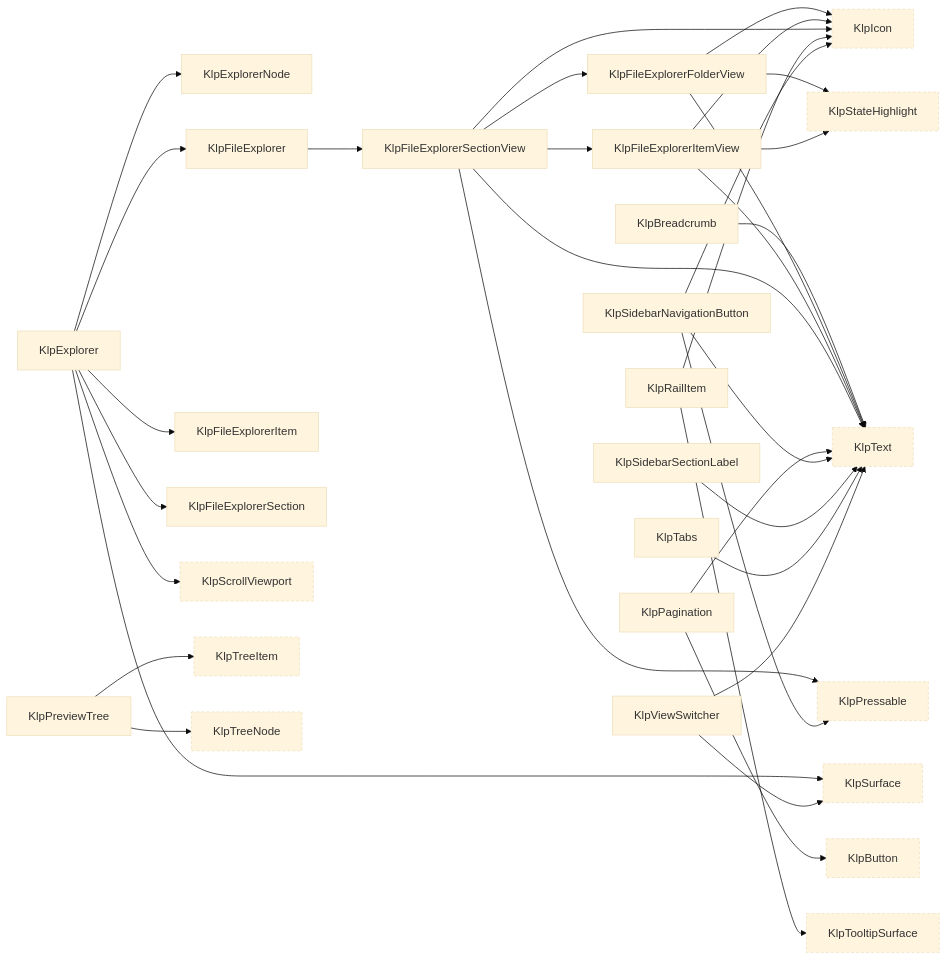
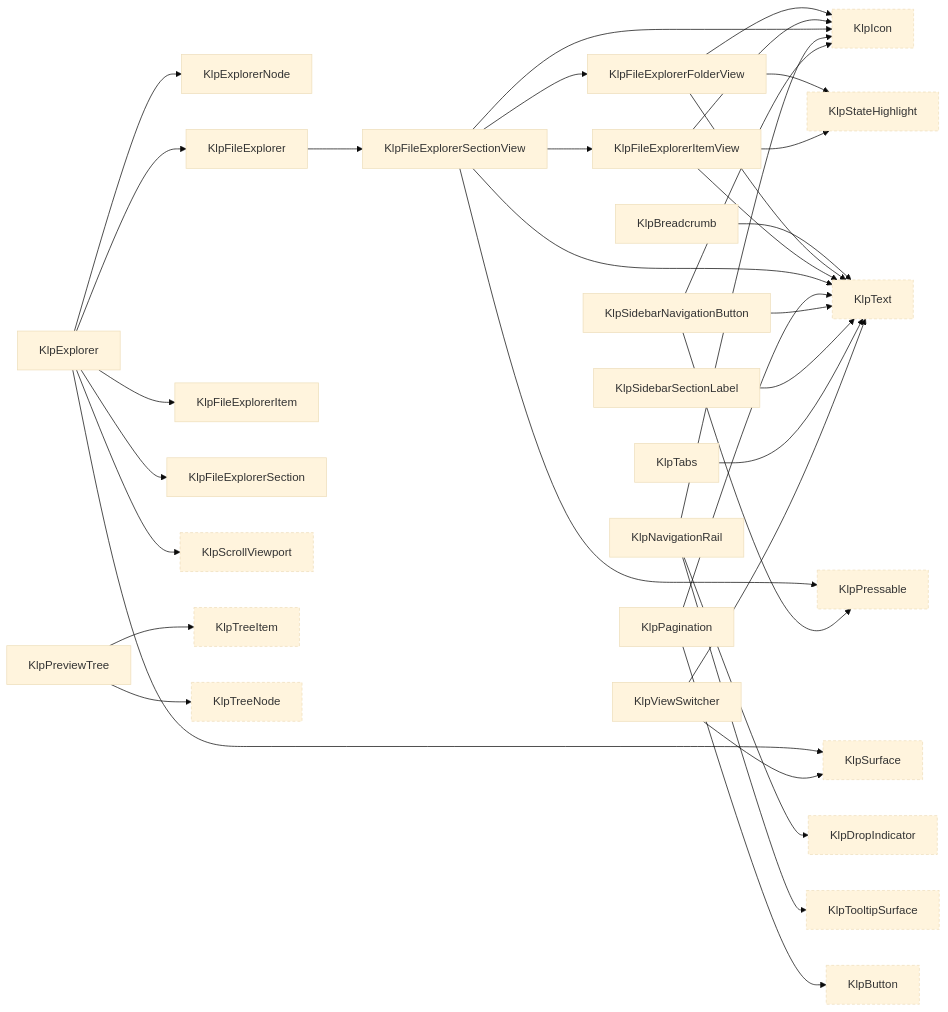
One commit to MiuDog/Kallopis changed diagram 13 of 18 in spec/component-inventory.md. Above: the diagram before and after it, drawn with Mermaid (base theme). The commit also changed other lines of this file and 29 other files, not shown here.

````diff
--- a/spec/component-inventory.md
+++ b/spec/component-inventory.md
@@ -927,62 +928,64 @@
 ```mermaid
 graph LR
   KlpBreadcrumb["KlpBreadcrumb"]
   KlpButton["KlpButton"]:::external
+  KlpDropIndicator["KlpDropIndicator"]:::external
   KlpExplorer["KlpExplorer"]
   KlpExplorerNode["KlpExplorerNode"]
   KlpFileExplorer["KlpFileExplorer"]
   KlpFileExplorerFolderView["KlpFileExplorerFolderView"]
   KlpFileExplorerItem["KlpFileExplorerItem"]
   KlpFileExplorerItemView["KlpFileExplorerItemView"]
   KlpFileExplorerSection["KlpFileExplorerSection"]
   KlpFileExplorerSectionView["KlpFileExplorerSectionView"]
   KlpIcon["KlpIcon"]:::external
+  KlpNavigationRail["KlpNavigationRail"]
   KlpPagination["KlpPagination"]
   KlpPressable["KlpPressable"]:::external
   KlpPreviewTree["KlpPreviewTree"]
-  KlpRailItem["KlpRailItem"]
   KlpScrollViewport["KlpScrollViewport"]:::external
   KlpSidebarNavigationButton["KlpSidebarNavigationButton"]
   KlpSidebarSectionLabel["KlpSidebarSectionLabel"]
   KlpStateHighlight["KlpStateHighlight"]:::external
   KlpSurface["KlpSurface"]:::external
   KlpTabs["KlpTabs"]
   KlpText["KlpText"]:::external
   KlpTooltipSurface["KlpTooltipSurface"]:::external
   KlpTreeItem["KlpTreeItem"]:::external
   KlpTreeNode["KlpTreeNode"]:::external
   KlpViewSwitcher["KlpViewSwitcher"]
   KlpBreadcrumb --> KlpText
   KlpExplorer --> KlpExplorerNode
   KlpExplorer --> KlpFileExplorer
   KlpExplorer --> KlpFileExplorerItem
   KlpExplorer --> KlpFileExplorerSection
   KlpExplorer --> KlpScrollViewport
   KlpExplorer --> KlpSurface
   KlpFileExplorerFolderView --> KlpIcon
   KlpFileExplorerFolderView --> KlpStateHighlight
   KlpFileExplorerFolderView --> KlpText
   KlpFileExplorerItemView --> KlpIcon
   KlpFileExplorerItemView --> KlpStateHighlight
   KlpFileExplorerItemView --> KlpText
   KlpFileExplorerSectionView --> KlpFileExplorerFolderView
   KlpFileExplorerSectionView --> KlpFileExplorerItemView
   KlpFileExplorerSectionView --> KlpIcon
   KlpFileExplorerSectionView --> KlpPressable
   KlpFileExplorerSectionView --> KlpText
   KlpFileExplorer --> KlpFileExplorerSectionView
+  KlpNavigationRail --> KlpDropIndicator
+  KlpNavigationRail --> KlpIcon
+  KlpNavigationRail --> KlpTooltipSurface
   KlpPagination --> KlpButton
   KlpPagination --> KlpText
   KlpPreviewTree --> KlpTreeItem
   KlpPreviewTree --> KlpTreeNode
-  KlpRailItem --> KlpIcon
-  KlpRailItem --> KlpTooltipSurface
   KlpSidebarNavigationButton --> KlpIcon
   KlpSidebarNavigationButton --> KlpPressable
   KlpSidebarNavigationButton --> KlpText
   KlpSidebarSectionLabel --> KlpText
   KlpTabs --> KlpText
   KlpViewSwitcher --> KlpSurface
   KlpViewSwitcher --> KlpText
   classDef external stroke-dasharray: 4 3;
 ```
````
